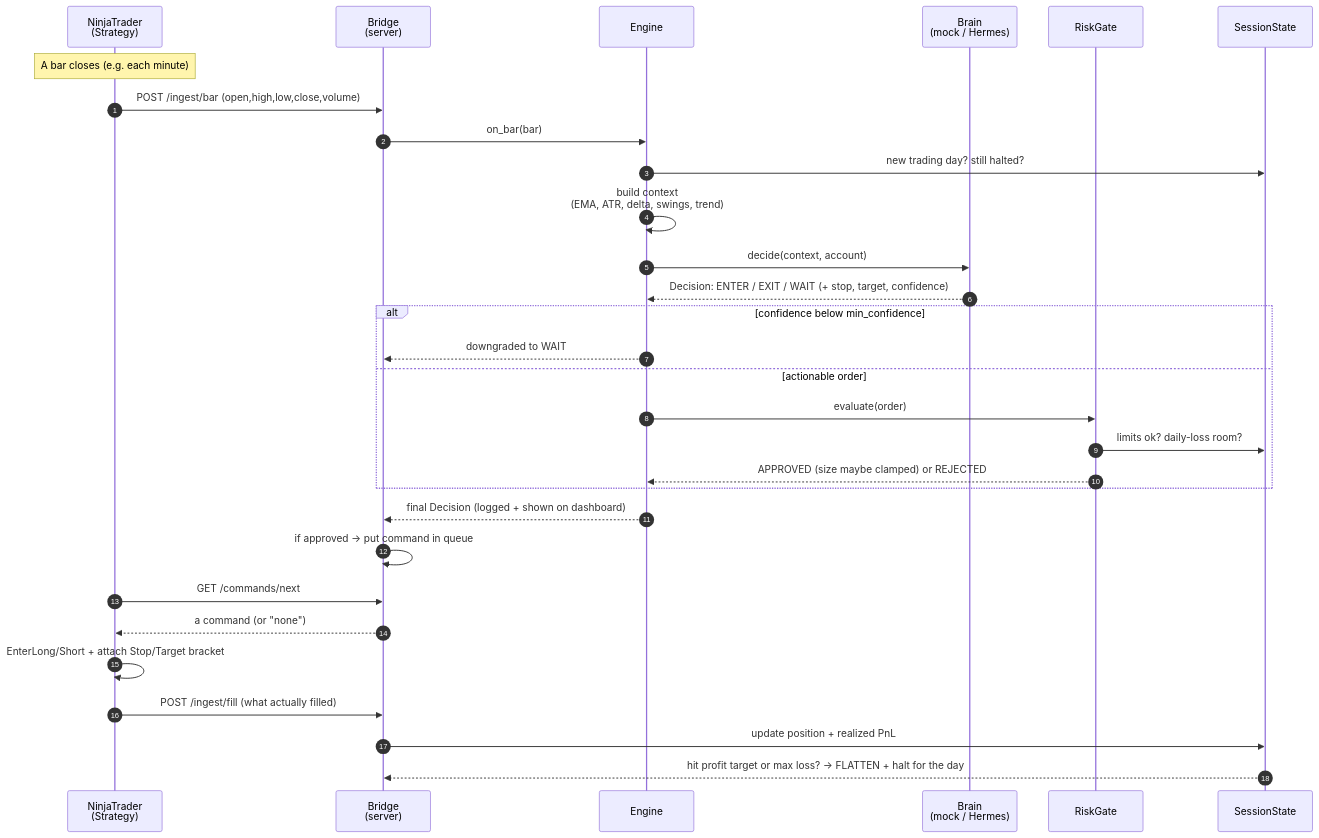
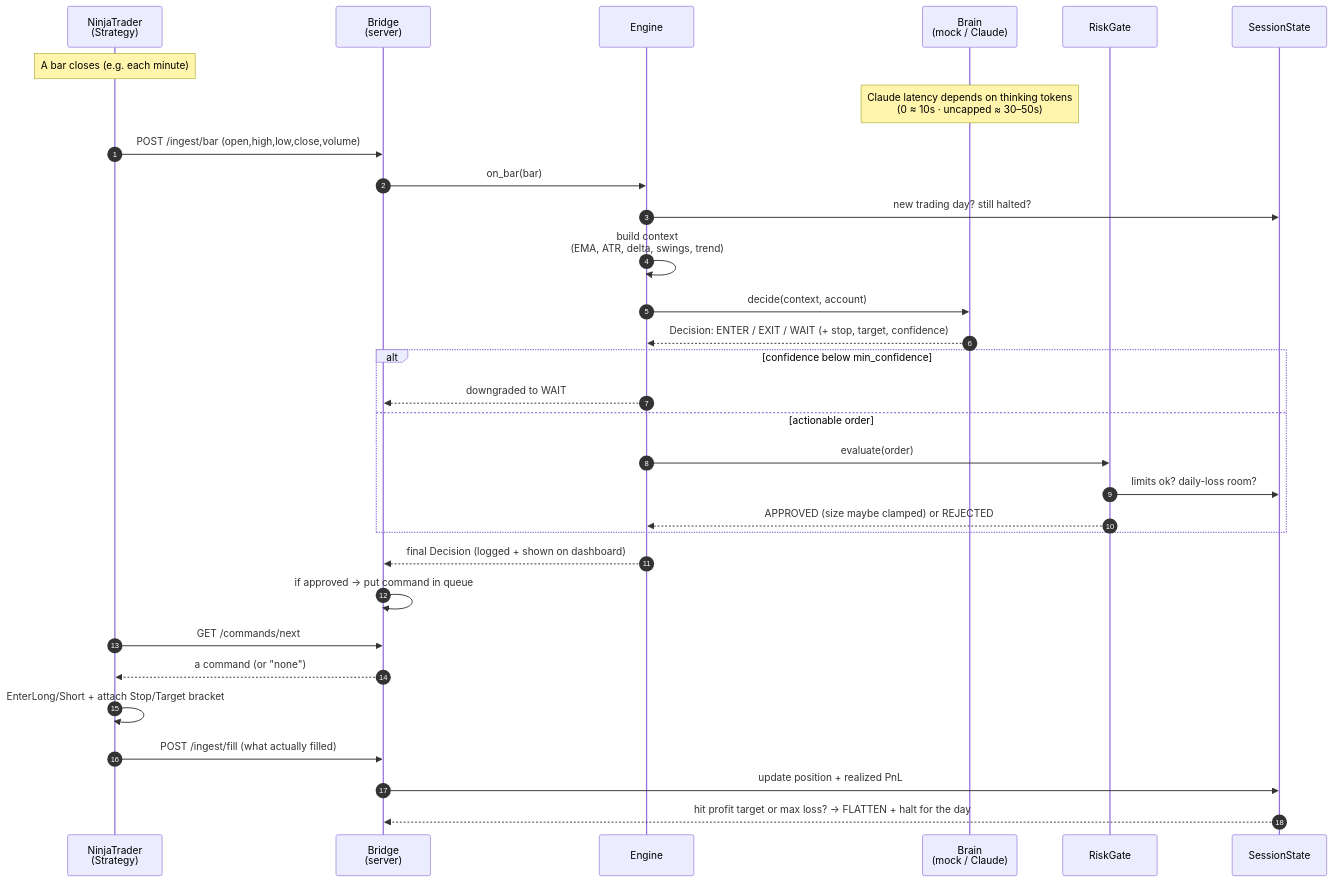
The second of 3 diagrams in docs/WALKTHROUGH.md (rrhodeswebdev/hermes-agent-nt), drawn with Mermaid before and after one commit. The commit also changed other lines of this file and 7 other files, not shown here.

First line of the commit message:
docs: sweep Codex/Hermes references to the Claude CLI brain

````diff
--- a/docs/WALKTHROUGH.md
+++ b/docs/WALKTHROUGH.md
@@ -83,36 +82,37 @@
 ```mermaid
 sequenceDiagram
     autonumber
     participant NT as NinjaTrader<br/>(Strategy)
     participant BR as Bridge<br/>(server)
     participant EN as Engine
-    participant BN as Brain<br/>(mock / Hermes)
+    participant BN as Brain<br/>(mock / Claude)
     participant RG as RiskGate
     participant SS as SessionState
 
     Note over NT: A bar closes (e.g. each minute)
+    Note over BN: Claude latency depends on thinking tokens<br/>(0 ≈ 10s · uncapped ≈ 30–50s)
     NT->>BR: POST /ingest/bar  (open,high,low,close,volume)
     BR->>EN: on_bar(bar)
     EN->>SS: new trading day? still halted?
     EN->>EN: build context<br/>(EMA, ATR, delta, swings, trend)
     EN->>BN: decide(context, account)
     BN-->>EN: Decision: ENTER / EXIT / WAIT (+ stop, target, confidence)
 
     alt confidence below min_confidence
         EN-->>BR: downgraded to WAIT
     else actionable order
         EN->>RG: evaluate(order)
         RG->>SS: limits ok? daily-loss room?
         RG-->>EN: APPROVED (size maybe clamped) or REJECTED
     end
 
     EN-->>BR: final Decision (logged + shown on dashboard)
     BR->>BR: if approved → put command in queue
 
     NT->>BR: GET /commands/next
     BR-->>NT: a command (or "none")
     NT->>NT: EnterLong/Short + attach Stop/Target bracket
     NT->>BR: POST /ingest/fill  (what actually filled)
     BR->>SS: update position + realized PnL
     SS-->>BR: hit profit target or max loss? → FLATTEN + halt for the day
 ```
````
